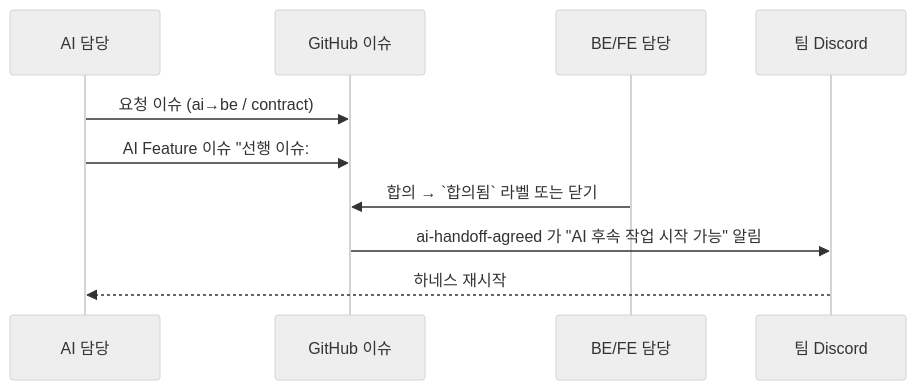
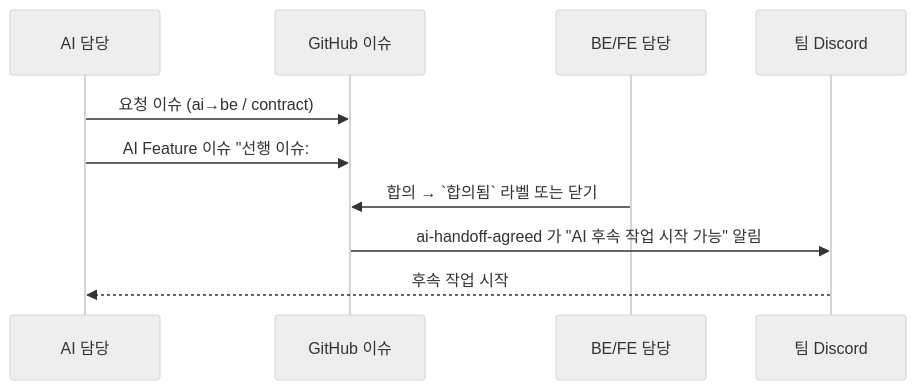
One commit to kakaotechcampus-4/ktc4-kyungpook-3 changed the diagram in docs/collab/ground-rules.md. Above: the diagram before and after it, drawn with Mermaid (neutral theme). The commit also changed other lines of this file and 8 other files, not shown here.

````diff
--- a/docs/collab/ground-rules.md
+++ b/docs/collab/ground-rules.md
@@ -63,12 +61,12 @@
 ```mermaid
 sequenceDiagram
   participant AI as AI 담당
   participant GH as GitHub 이슈
   participant BE as BE/FE 담당
   participant DC as 팀 Discord
   AI->>GH: 요청 이슈 (ai→be / contract)
   AI->>GH: AI Feature 이슈 "선행 이슈: #N"
   BE->>GH: 합의 → `합의됨` 라벨 또는 닫기
   GH->>DC: ai-handoff-agreed 가 "AI 후속 작업 시작 가능" 알림
-  DC-->>AI: 하네스 재시작
+  DC-->>AI: 후속 작업 시작
 ```
````
